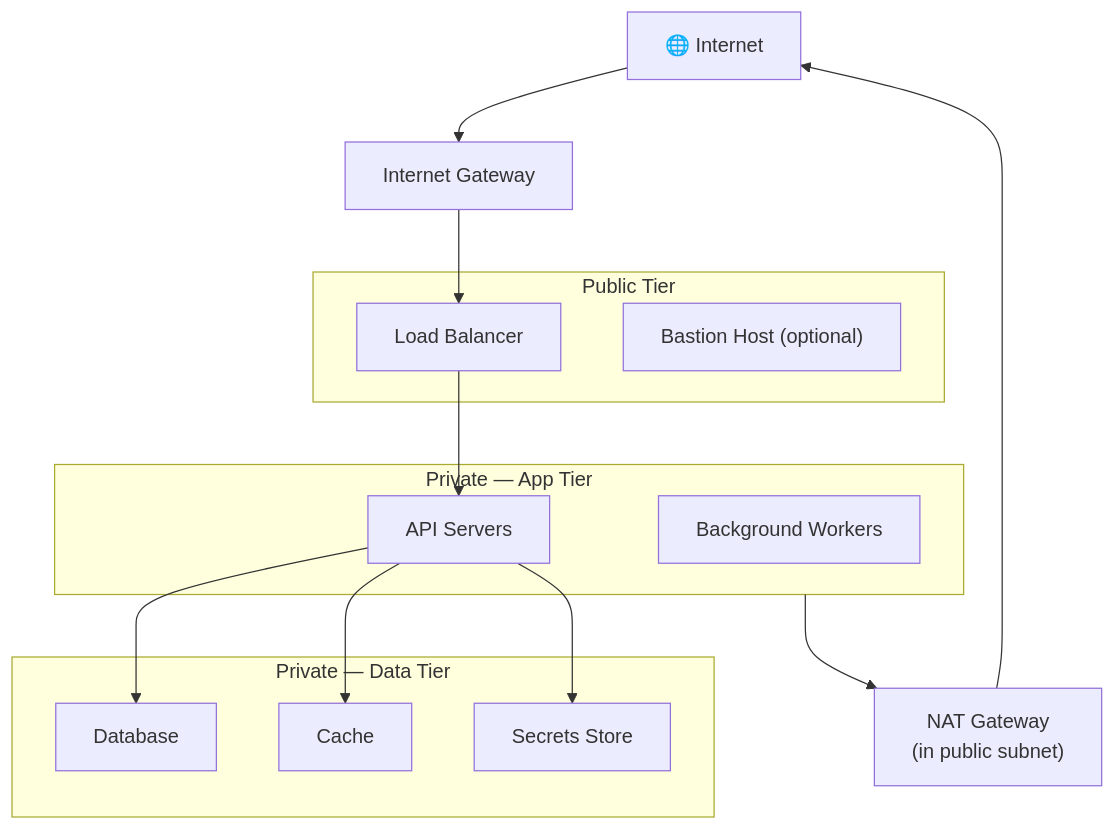
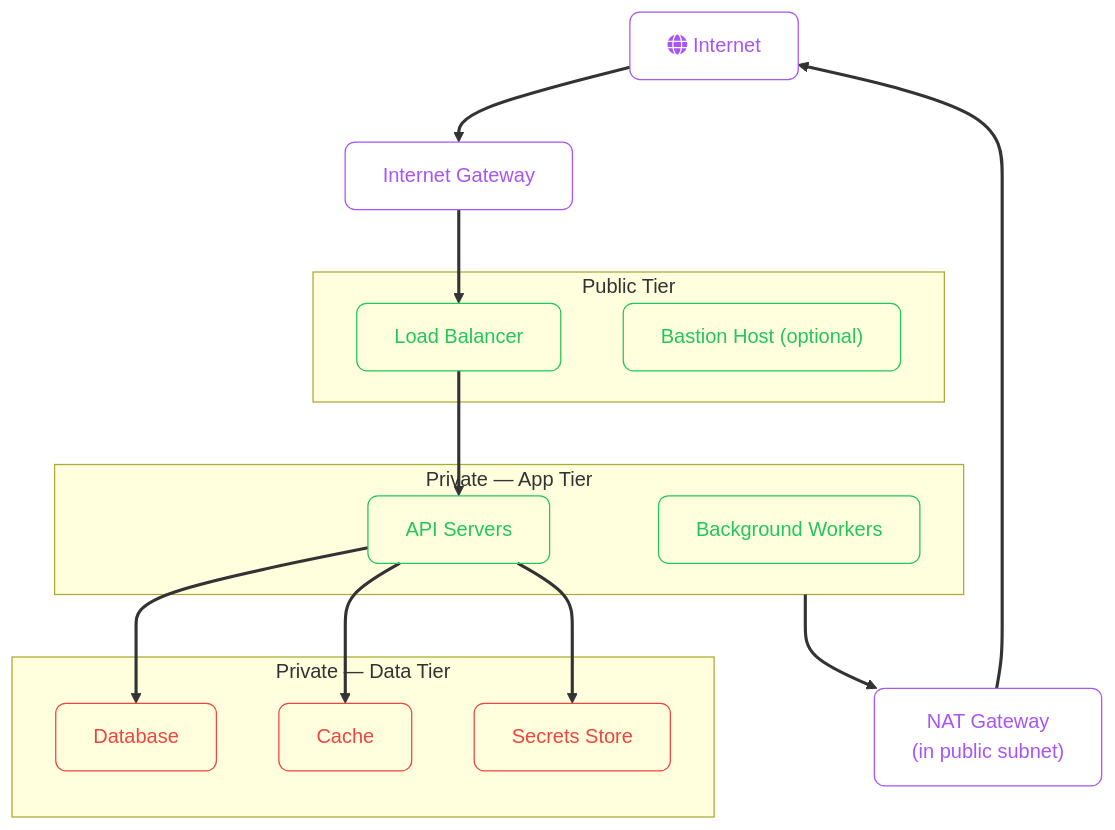
The second of 7 diagrams in src/content/cloud/common/networking-basics.mdx (zafarale/cloudification), drawn with Mermaid before and after one commit. The commit also changed other lines of this file and 84 other files, not shown here.

````diff
--- a/src/content/cloud/common/networking-basics.mdx
+++ b/src/content/cloud/common/networking-basics.mdx
@@ -87,29 +92,36 @@
 ```mermaid
 flowchart TD
-    INTERNET["🌐 Internet"]
-    IGW["Internet Gateway"]
-    NAT["NAT Gateway\n(in public subnet)"]
+    accTitle: The Three-Tier Subnet Model
+    accDescr: Flowchart (td) showing Internet, Internet Gateway, in public subnet
+    classDef step fill:none,stroke:#a855f7,color:#a855f7,rx:8,ry:8
+    classDef ok   fill:none,stroke:#22c55e,color:#22c55e,rx:8,ry:8
+    classDef fail fill:none,stroke:#ef4444,color:#ef4444,rx:8,ry:8
+    linkStyle default stroke-width:2.5px
+
+    INTERNET["fa:fa-globe Internet"]:::step
+    IGW["Internet Gateway"]:::step
+    NAT["NAT Gateway<br/>(in public subnet)"]:::step
 
     subgraph PUB_TIER["Public Tier"]
-        LB["Load Balancer"]
-        BASTION["Bastion Host (optional)"]
+        LB["Load Balancer"]:::ok
+        BASTION["Bastion Host (optional)"]:::ok
     end
 
     subgraph APP_TIER["Private — App Tier"]
-        API["API Servers"]
-        WORKERS["Background Workers"]
+        API["API Servers"]:::ok
+        WORKERS["Background Workers"]:::ok
     end
 
     subgraph DATA_TIER["Private — Data Tier"]
-        DB["Database"]
-        CACHE["Cache"]
-        SECRETS["Secrets Store"]
+        DB["Database"]:::fail
+        CACHE["Cache"]:::fail
+        SECRETS["Secrets Store"]:::fail
     end
 
     INTERNET --> IGW --> LB
     LB --> API
     API --> DB
     API --> CACHE
     API --> SECRETS
     APP_TIER --> NAT --> INTERNET
 ```
````
